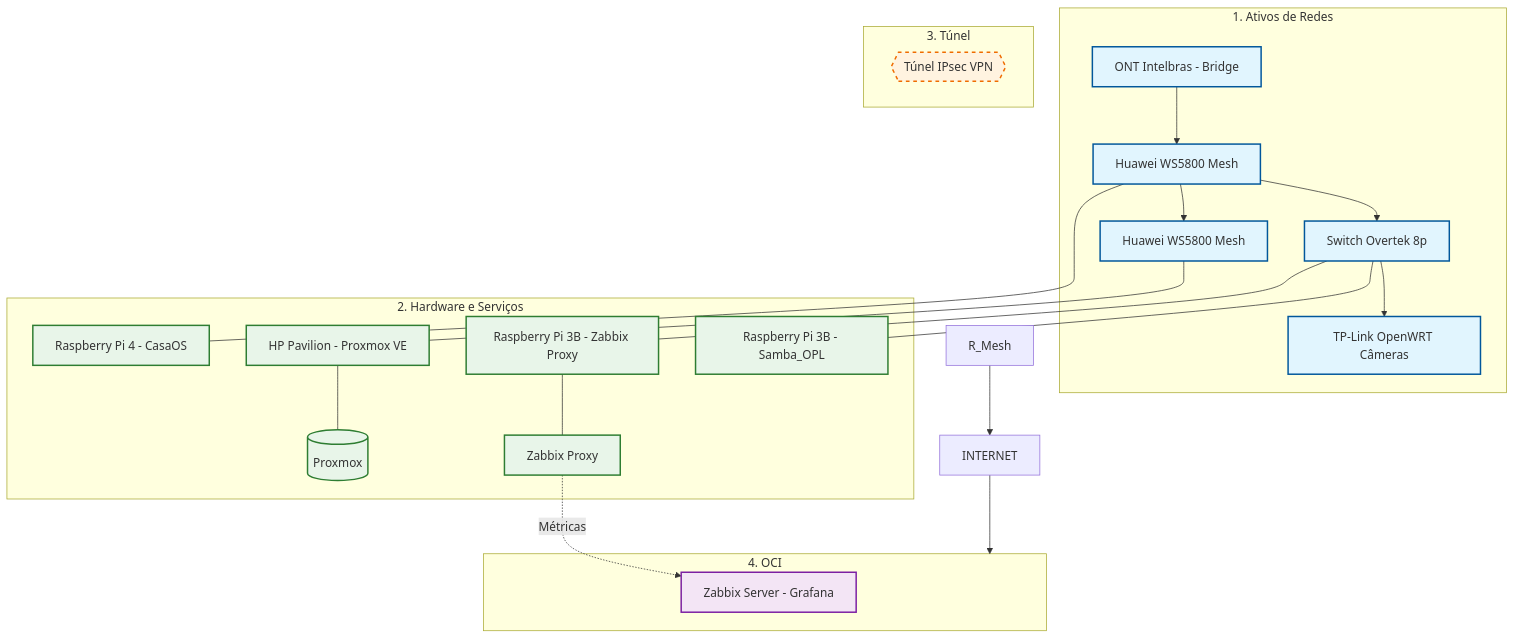
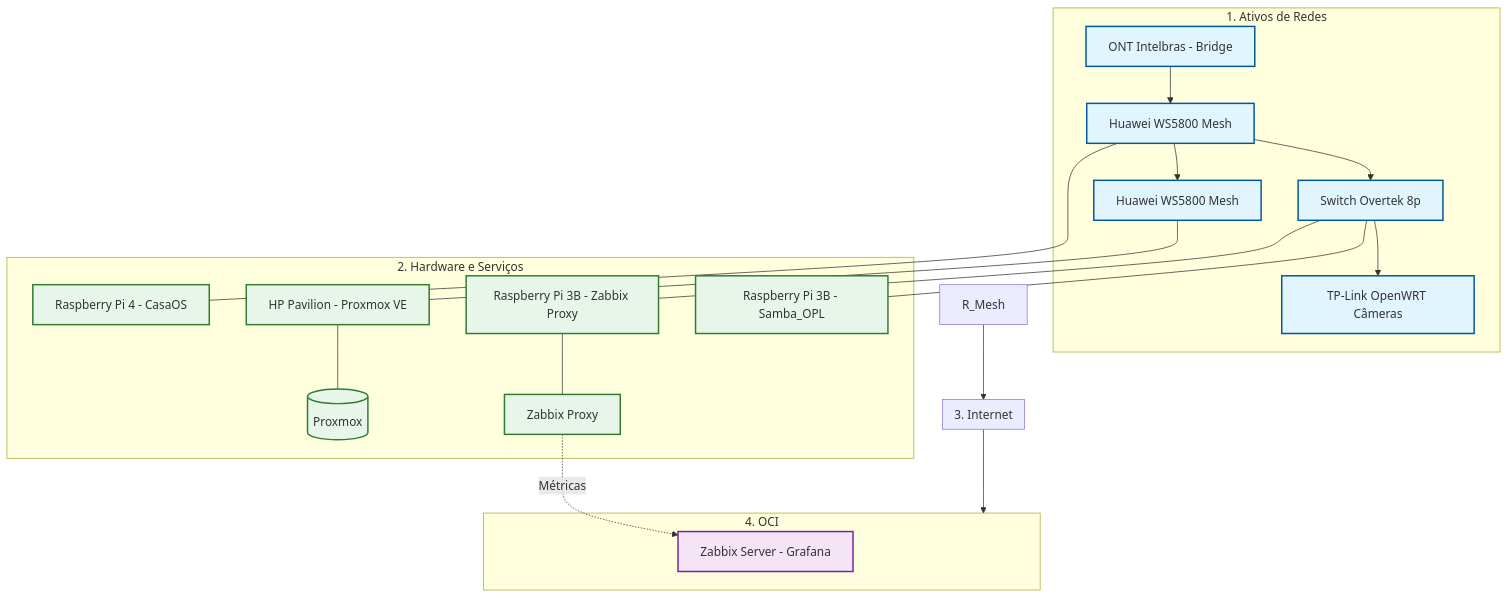
One commit to kevindexter22/Dr-Hardware-Autonet changed the diagram in Infraestructure/README.md. Above: the diagram before and after it, drawn with Mermaid.

````diff
--- a/Infraestructure/README.md
+++ b/Infraestructure/README.md
@@ -13,47 +13,46 @@
 ```mermaid
 graph TD
     %% Estilos
     classDef rede fill:#e1f5fe,stroke:#01579b,stroke-width:2px;
     classDef hardware fill:#e8f5e9,stroke:#2e7d32,stroke-width:2px;
     classDef tunel fill:#fff3e0,stroke:#ef6c00,stroke-width:2px,stroke-dasharray: 5 5;
     classDef oci fill:#f3e5f5,stroke:#7b1fa2,stroke-width:2px;
 
     %% 1. ATIVOS DE REDE
     subgraph S1 [1. Ativos de Redes]
         ONT[ONT Intelbras - Bridge]:::rede --> R_Mesh1[Huawei WS5800 Mesh]:::rede
         R_Mesh1 --> SW1[Switch Overtek 8p]:::rede
         R_Mesh1 --> R_Mesh2[Huawei WS5800 Mesh]:::rede
         SW1 --> R_Cams[TP-Link OpenWRT Câmeras]:::rede
                 
     end
 
     %% 2. HARDWARE E SERVIÇOS
     subgraph S2 [2. Hardware e Serviços]
         R_Mesh1 --- RPi4[Raspberry Pi 4 - CasaOS]:::hardware
         SW1 --- RPi3_1[Raspberry Pi 3B - Samba_OPL]:::hardware
         SW1 --- RPi3_2[Raspberry Pi 3B - Zabbix Proxy]:::hardware
         R_Mesh2 --- HP[HP Pavilion - Proxmox VE]:::hardware
         
         
         RPi3_2 --- ZP[Zabbix Proxy]:::hardware
         HP --- PVE[(Proxmox)]:::hardware
     end
 
-    %% 3. TUNEL (A PONTE)
-    subgraph S3 [3. Túnel]
-        VPN{{"Túnel IPsec VPN"}}:::tunel
+    %% 3. Internet (A PONTE)
+    subgraph S3 [3. Internet]
     end
 
     %% 4. OCI
     subgraph S4 [4. OCI]
         ZS[Zabbix Server - Grafana]:::oci
     end
 
     %% Conexões de Fluxo de Dados para manter a ordem
-    R_Mesh --> INTERNET
-    INTERNET --> S4
+    R_Mesh --> S3[INTERNET]
+    S3 --> S4
     
     %% Relacionamentos lógicos (setas duplas para replicação)
     ZP -.-> |Métricas| ZS
 
 ```
````
